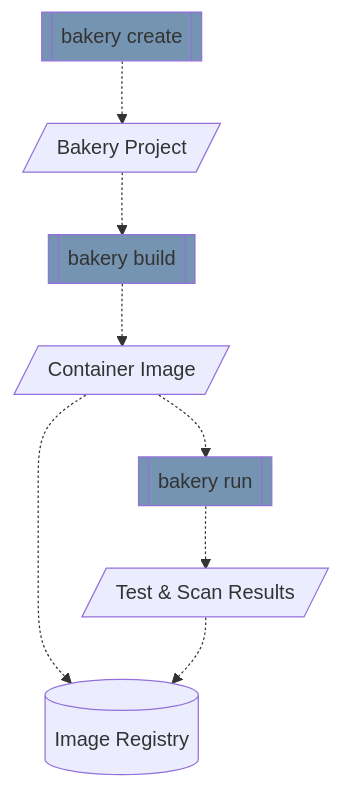
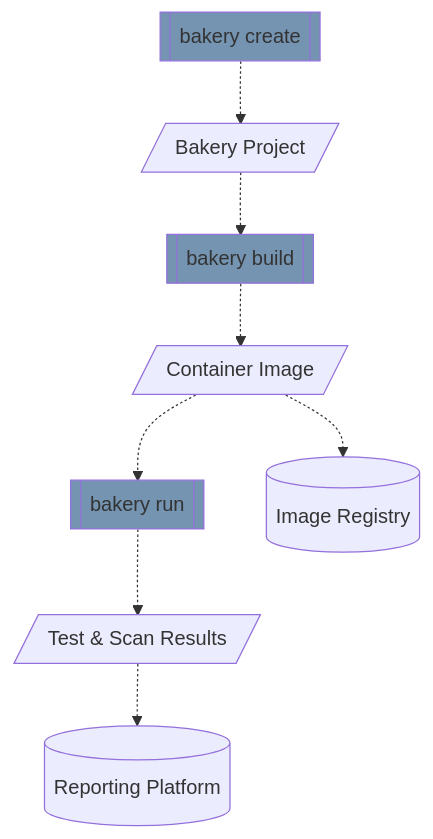
Before and after one commit to posit-dev/images-shared: the second of 7 diagrams in posit-bakery/ARCHITECTURE.md, drawn with Mermaid. The commit also changed other lines of this file, not shown here.

Commit message:
Implement PR feedback to improve diagram readability

````diff
--- a/posit-bakery/ARCHITECTURE.md
+++ b/posit-bakery/ARCHITECTURE.md
@@ -42,28 +42,31 @@
 ```mermaid
 flowchart TD
 
     create[["bakery create"]]
     project[/Bakery Project/]
     create -.-> project
 
     build[["bakery build"]]
     image[/Container Image/]
     project -.-> build -.-> image
 
     run[["bakery run"]]
     results[/"Test & Scan Results"/]
     image -.-> run -.-> results
 
     reg[(Image Registry)]
-    image & results -.-> reg
+    sec[(Reporting Platform)]
+
+    image -.-> reg
+    results -.-> sec
 
     classDef tooling fill:#7494B1
     classDef external fill:grey
     classDef progress stroke-dasharray: 2 2
     classDef todo stroke-dasharray: 3 8
 
     class create,build,run tooling
     class push external
     class inprogress progress
     class planned todo
 ```
````
